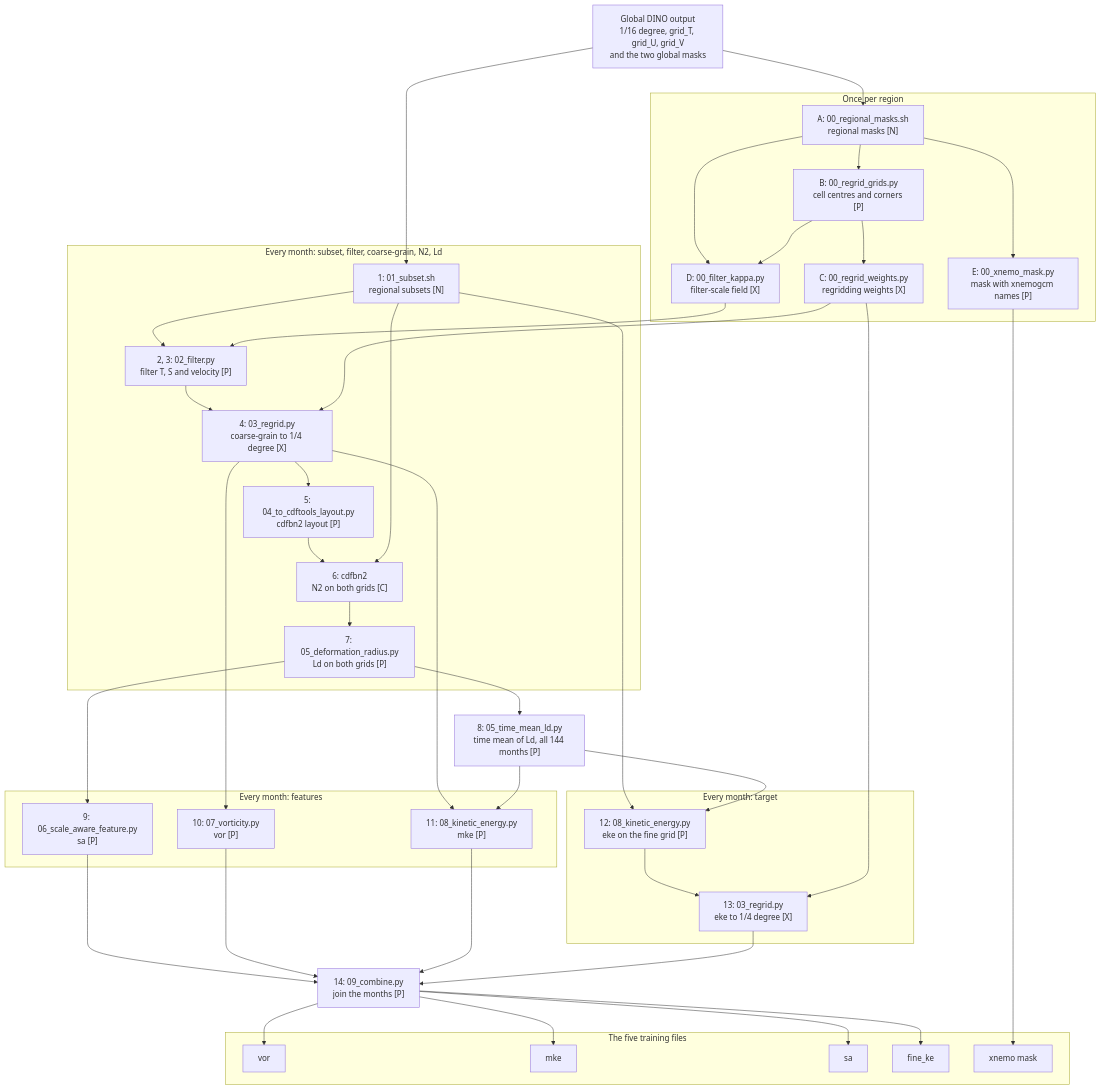
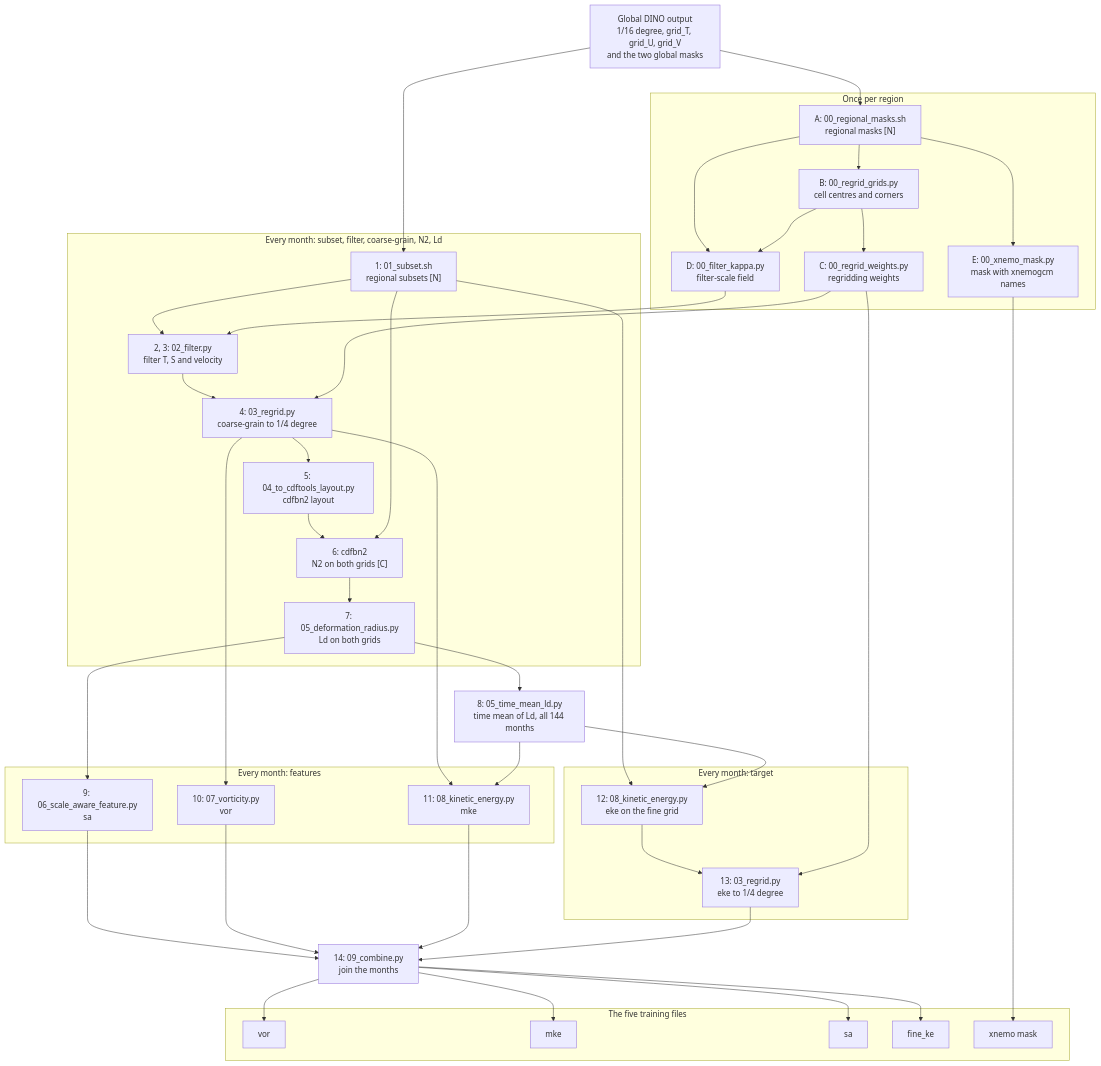
The diagram in data_pipeline/README.md (thomaswilder/ml-parameterisation), drawn with Mermaid before and after one commit. The commit also changed other lines of this file and 5 other files, not shown here.

````diff
--- a/data_pipeline/README.md
+++ b/data_pipeline/README.md
@@ -33,70 +33,70 @@
 ```mermaid
 flowchart TD
     G["Global DINO output<br/>1/16 degree, grid_T, grid_U, grid_V<br/>and the two global masks"]
 
     subgraph REG ["Once per region"]
         A["A: 00_regional_masks.sh<br/>regional masks [N]"]
-        B["B: 00_regrid_grids.py<br/>cell centres and corners [P]"]
-        C["C: 00_regrid_weights.py<br/>regridding weights [X]"]
-        D["D: 00_filter_kappa.py<br/>filter-scale field [X]"]
-        E["E: 00_xnemo_mask.py<br/>mask with xnemogcm names [P]"]
+        B["B: 00_regrid_grids.py<br/>cell centres and corners"]
+        C["C: 00_regrid_weights.py<br/>regridding weights"]
+        D["D: 00_filter_kappa.py<br/>filter-scale field"]
+        E["E: 00_xnemo_mask.py<br/>mask with xnemogcm names"]
     end
 
     subgraph PREP ["Every month: subset, filter, coarse-grain, N2, Ld"]
         S1["1: 01_subset.sh<br/>regional subsets [N]"]
-        S2["2, 3: 02_filter.py<br/>filter T, S and velocity [P]"]
-        S4["4: 03_regrid.py<br/>coarse-grain to 1/4 degree [X]"]
-        S5["5: 04_to_cdftools_layout.py<br/>cdfbn2 layout [P]"]
+        S2["2, 3: 02_filter.py<br/>filter T, S and velocity"]
+        S4["4: 03_regrid.py<br/>coarse-grain to 1/4 degree"]
+        S5["5: 04_to_cdftools_layout.py<br/>cdfbn2 layout"]
         S6["6: cdfbn2<br/>N2 on both grids [C]"]
-        S7["7: 05_deformation_radius.py<br/>Ld on both grids [P]"]
+        S7["7: 05_deformation_radius.py<br/>Ld on both grids"]
     end
 
-    S8["8: 05_time_mean_ld.py<br/>time mean of Ld, all 144 months [P]"]
+    S8["8: 05_time_mean_ld.py<br/>time mean of Ld, all 144 months"]
 
     subgraph FEAT ["Every month: features"]
-        F9["9: 06_scale_aware_feature.py<br/>sa [P]"]
-        F10["10: 07_vorticity.py<br/>vor [P]"]
-        F11["11: 08_kinetic_energy.py<br/>mke [P]"]
+        F9["9: 06_scale_aware_feature.py<br/>sa"]
+        F10["10: 07_vorticity.py<br/>vor"]
+        F11["11: 08_kinetic_energy.py<br/>mke"]
     end
 
     subgraph TARG ["Every month: target"]
-        T12["12: 08_kinetic_energy.py<br/>eke on the fine grid [P]"]
-        T13["13: 03_regrid.py<br/>eke to 1/4 degree [X]"]
+        T12["12: 08_kinetic_energy.py<br/>eke on the fine grid"]
+        T13["13: 03_regrid.py<br/>eke to 1/4 degree"]
     end
 
-    J["14: 09_combine.py<br/>join the months [P]"]
+    J["14: 09_combine.py<br/>join the months"]
 
     subgraph OUT ["The five training files"]
         O1["vor"]
         O2["mke"]
         O3["sa"]
         O4["fine_ke"]
         O5["xnemo mask"]
     end
 
     G --> A
     G --> S1
     A --> B
     A --> D
     B --> D
     B --> C
     A --> E
     S1 --> S2
     D --> S2
     S2 --> S4
     C --> S4
     S4 --> S5
     S5 --> S6
     S1 --> S6
     S6 --> S7
     S7 --> S8
     S7 --> F9
     S4 --> F10 & F11
     S8 --> F11
     S1 & S8 --> T12
     T12 --> T13
     C --> T13
     F9 & F10 & F11 & T13 --> J
     J --> O1 & O2 & O3 & O4
     E --> O5
 ```
````
